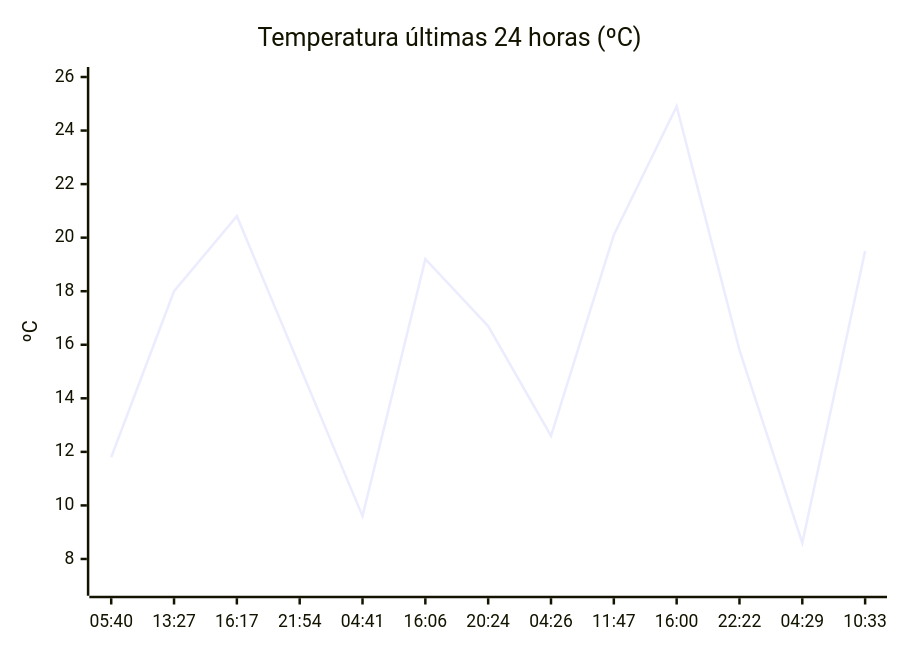
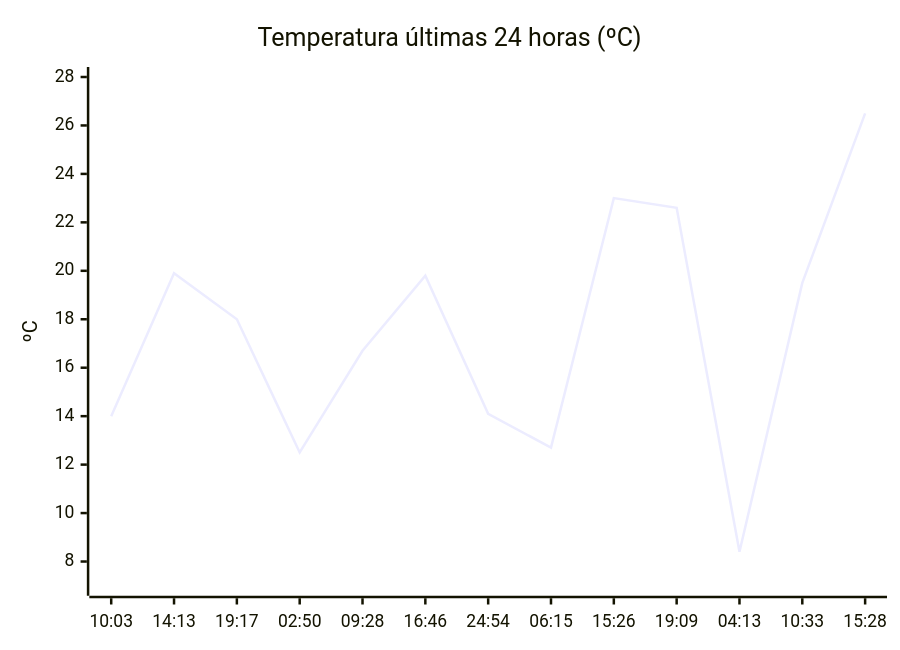
One commit to solidsnk86/rem-scrap changed the diagram in README.md. Above: the diagram before and after it, drawn with Mermaid. The commit also changed other lines of this file, not shown here.

````diff
--- a/README.md
+++ b/README.md
@@ -32,7 +28,7 @@
 ```mermaid
 xychart-beta
     title "Temperatura últimas 24 horas (ºC)"
-    x-axis ["05:40", "13:27", "16:17", "21:54", "04:41", "16:06", "20:24", "04:26", "11:47", "16:00", "22:22", "04:29", "10:33"]
-    y-axis "ºC" 7 --> 26
-    line [11.8, 18, 20.8, 15.2, 9.6, 19.2, 16.7, 12.6, 20.1, 24.9, 15.8, 8.6, 19.5]
+    x-axis ["10:03", "14:13", "19:17", "02:50", "09:28", "16:46", "24:54", "06:15", "15:26", "19:09", "04:13", "10:33", "15:28"]
+    y-axis "ºC" 7 --> 28
+    line [14, 19.9, 18, 12.5, 16.7, 19.8, 14.1, 12.7, 23, 22.6, 8.4, 19.5, 26.5]
 ```
````
